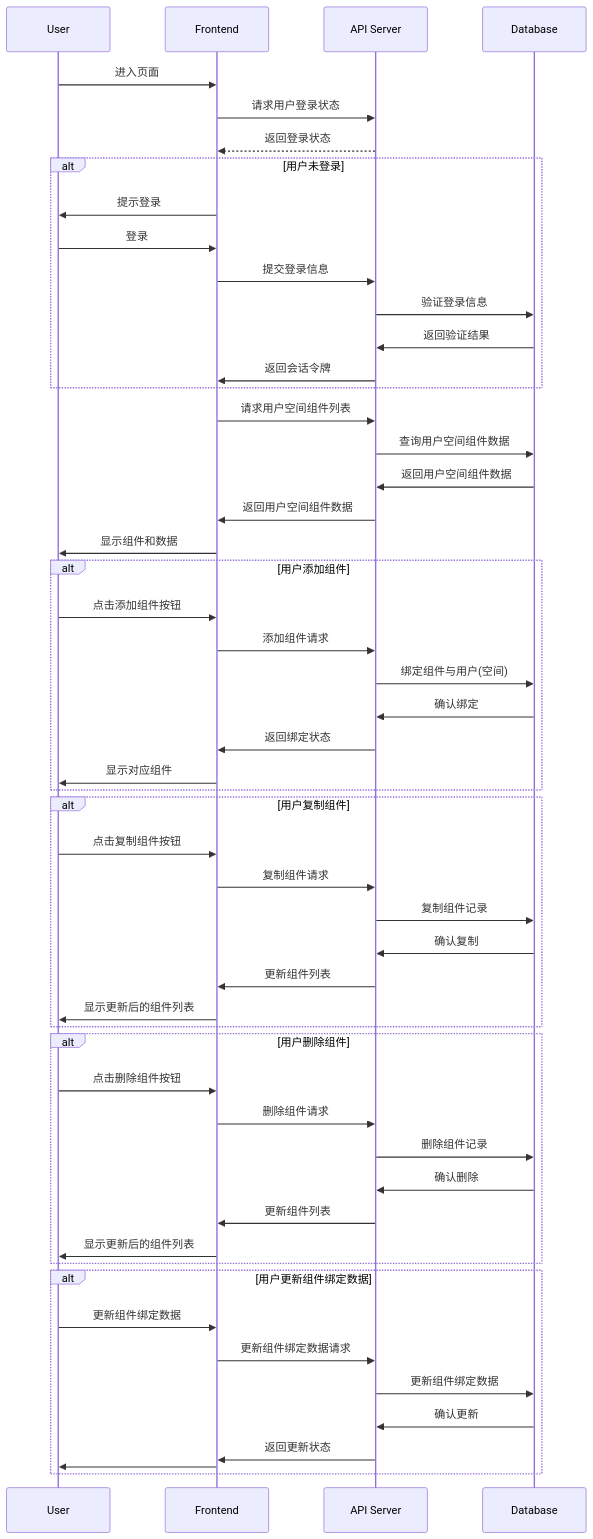
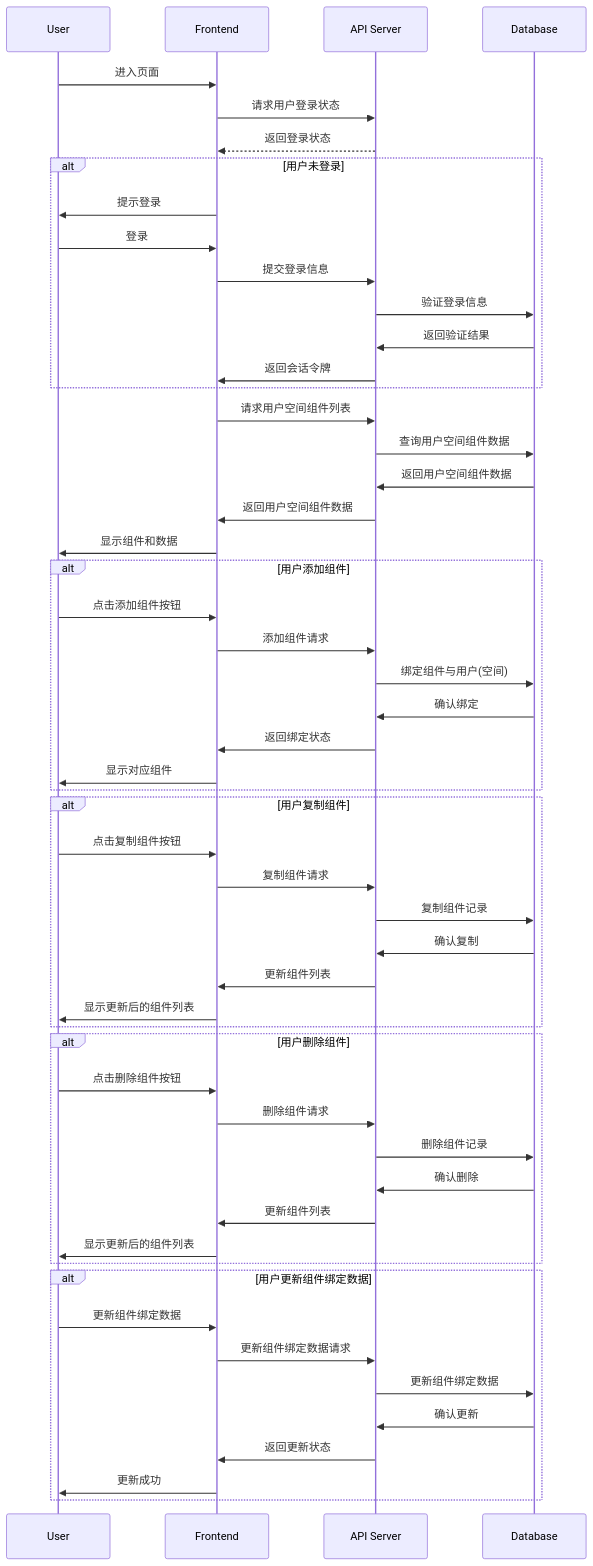
One commit to yingjianzh/iodraw-files changed the diagram in all/未命名-7.md. Above: the diagram before and after it, drawn with Mermaid.

Commit message:
2024-10-09 10:29:50 update

````diff
--- a/all/未命名-7.md
+++ b/all/未命名-7.md
@@ -1,62 +1,62 @@
 ```mermaid
 sequenceDiagram
     participant User
     participant Frontend
     participant API Server
     participant Database
 
     User->>Frontend: 进入页面
     Frontend->>API Server: 请求用户登录状态
     API Server-->>Frontend: 返回登录状态
     alt 用户未登录
         Frontend->>User: 提示登录
         User->>Frontend: 登录
         Frontend->>API Server: 提交登录信息
         API Server->>Database: 验证登录信息
         Database->>API Server: 返回验证结果
         API Server->>Frontend: 返回会话令牌
     end
 
     Frontend->>API Server: 请求用户空间组件列表
     API Server->>Database: 查询用户空间组件数据
     Database->>API Server: 返回用户空间组件数据
     API Server->>Frontend: 返回用户空间组件数据
     Frontend->>User: 显示组件和数据
 
     alt 用户添加组件
         User->>Frontend: 点击添加组件按钮
         Frontend->>API Server: 添加组件请求
         API Server->>Database: 绑定组件与用户(空间)
         Database->>API Server: 确认绑定
         API Server->>Frontend: 返回绑定状态
         Frontend->>User: 显示对应组件
     end
 
     alt 用户复制组件
         User->>Frontend: 点击复制组件按钮
         Frontend->>API Server: 复制组件请求
         API Server->>Database: 复制组件记录
         Database->>API Server: 确认复制
         API Server->>Frontend: 更新组件列表
         Frontend->>User: 显示更新后的组件列表
     end
 
     alt 用户删除组件
         User->>Frontend: 点击删除组件按钮
         Frontend->>API Server: 删除组件请求
         API Server->>Database: 删除组件记录
         Database->>API Server: 确认删除
         API Server->>Frontend: 更新组件列表
         Frontend->>User: 显示更新后的组件列表
     end
 
     alt 用户更新组件绑定数据
         User->>Frontend: 更新组件绑定数据
         Frontend->>API Server: 更新组件绑定数据请求
         API Server->>Database: 更新组件绑定数据
         Database->>API Server: 确认更新
         API Server->>Frontend: 返回更新状态
-        Frontend->>User: 
+        Frontend->>User: 更新成功
     end
 
 ```
````
